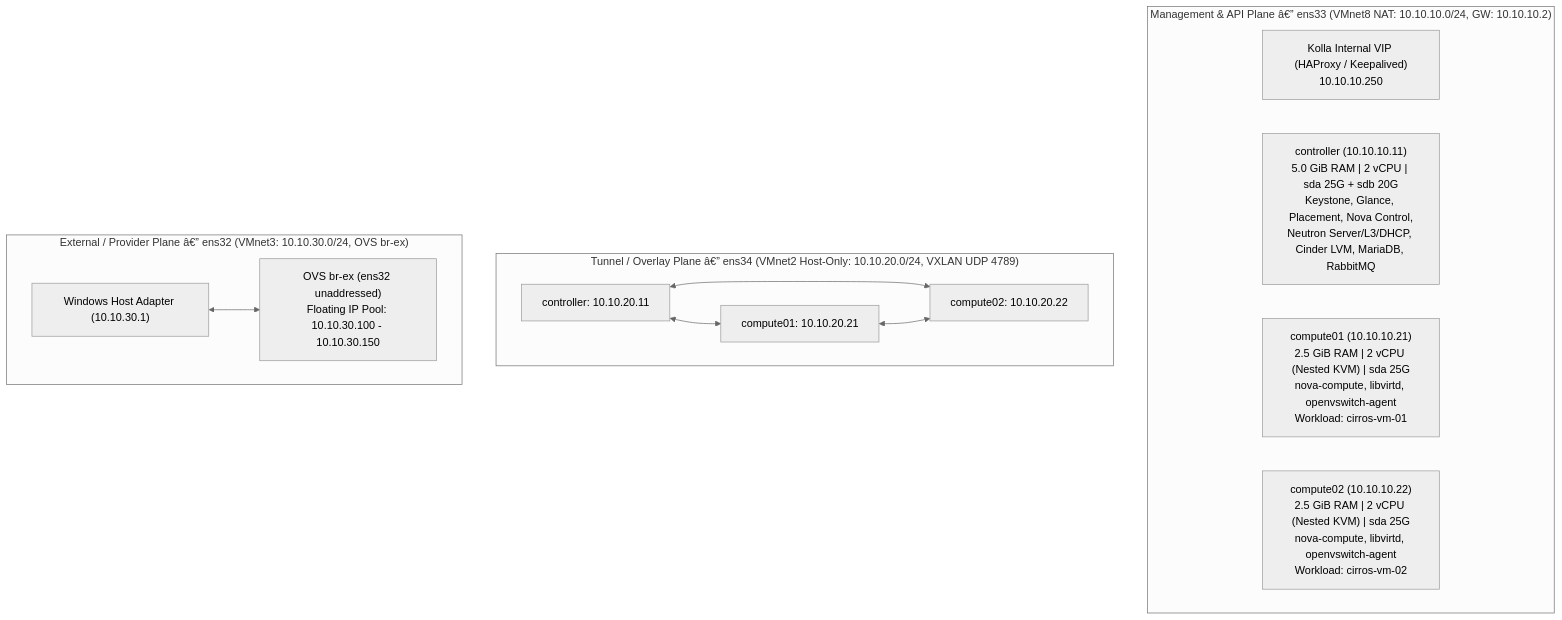
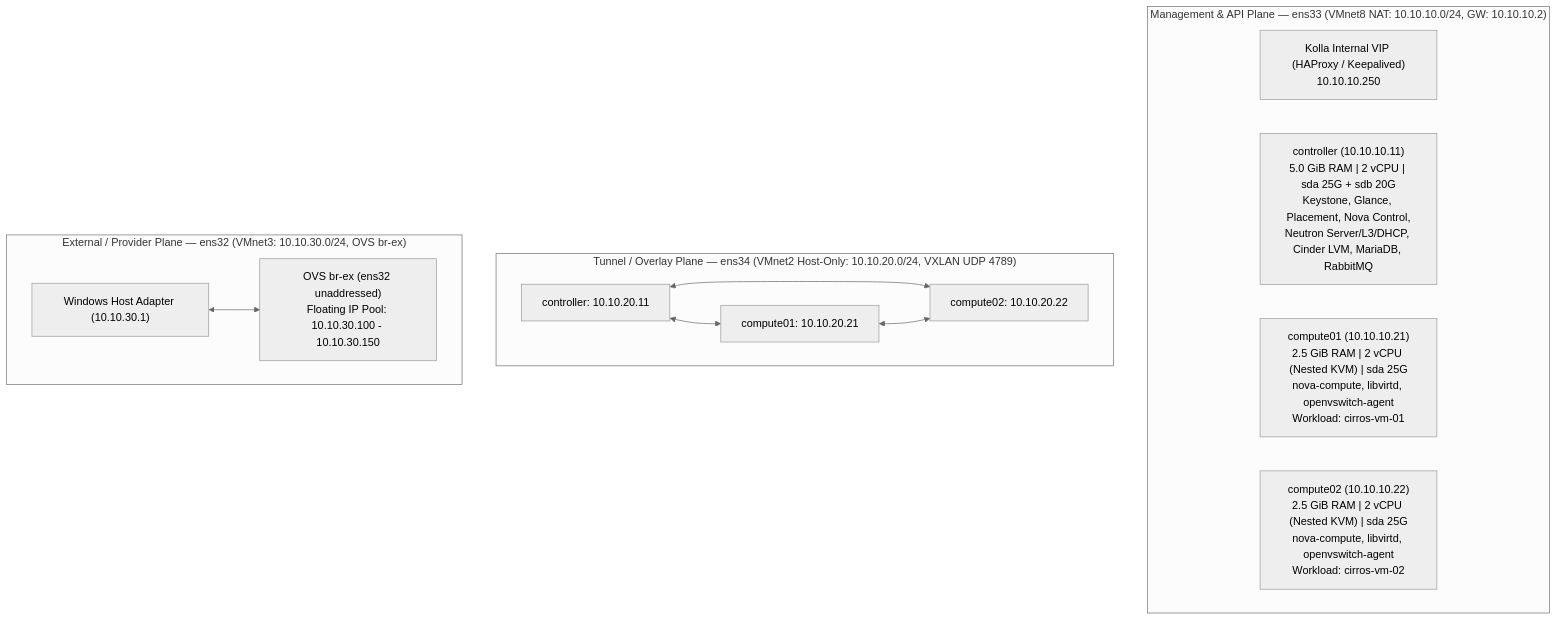
One commit to whysari/openstack-caracal-multinode changed the diagram in README.md. Above: the diagram before and after it, drawn with Mermaid (neutral theme). The commit also changed other lines of this file and 2 other files, not shown here.

````diff
--- a/README.md
+++ b/README.md
@@ -19,19 +19,19 @@
 ```mermaid
 flowchart TB
-    subgraph MGMT["Management & API Plane â€” ens33 (VMnet8 NAT: 10.10.10.0/24, GW: 10.10.10.2)"]
+    subgraph MGMT["Management & API Plane — ens33 (VMnet8 NAT: 10.10.10.0/24, GW: 10.10.10.2)"]
         VIP["Kolla Internal VIP (HAProxy / Keepalived)<br/>10.10.10.250"]
         CTRL["controller (10.10.10.11)<br/>5.0 GiB RAM | 2 vCPU | sda 25G + sdb 20G<br/>Keystone, Glance, Placement, Nova Control,<br/>Neutron Server/L3/DHCP, Cinder LVM, MariaDB, RabbitMQ"]
         COMP1["compute01 (10.10.10.21)<br/>2.5 GiB RAM | 2 vCPU (Nested KVM) | sda 25G<br/>nova-compute, libvirtd, openvswitch-agent<br/>Workload: cirros-vm-01"]
         COMP2["compute02 (10.10.10.22)<br/>2.5 GiB RAM | 2 vCPU (Nested KVM) | sda 25G<br/>nova-compute, libvirtd, openvswitch-agent<br/>Workload: cirros-vm-02"]
     end
 
-    subgraph TUN["Tunnel / Overlay Plane â€” ens34 (VMnet2 Host-Only: 10.10.20.0/24, VXLAN UDP 4789)"]
+    subgraph TUN["Tunnel / Overlay Plane — ens34 (VMnet2 Host-Only: 10.10.20.0/24, VXLAN UDP 4789)"]
         CTRL_T["controller: 10.10.20.11"] <--> COMP1_T["compute01: 10.10.20.21"]
         CTRL_T <--> COMP2_T["compute02: 10.10.20.22"]
         COMP1_T <--> COMP2_T
     end
 
-    subgraph EXT["External / Provider Plane â€” ens32 (VMnet3: 10.10.30.0/24, OVS br-ex)"]
+    subgraph EXT["External / Provider Plane — ens32 (VMnet3: 10.10.30.0/24, OVS br-ex)"]
         HOST_GW["Windows Host Adapter (10.10.30.1)"] <--> BREX["OVS br-ex (ens32 unaddressed)<br/>Floating IP Pool: 10.10.30.100 - 10.10.30.150"]
     end
 ```
````
